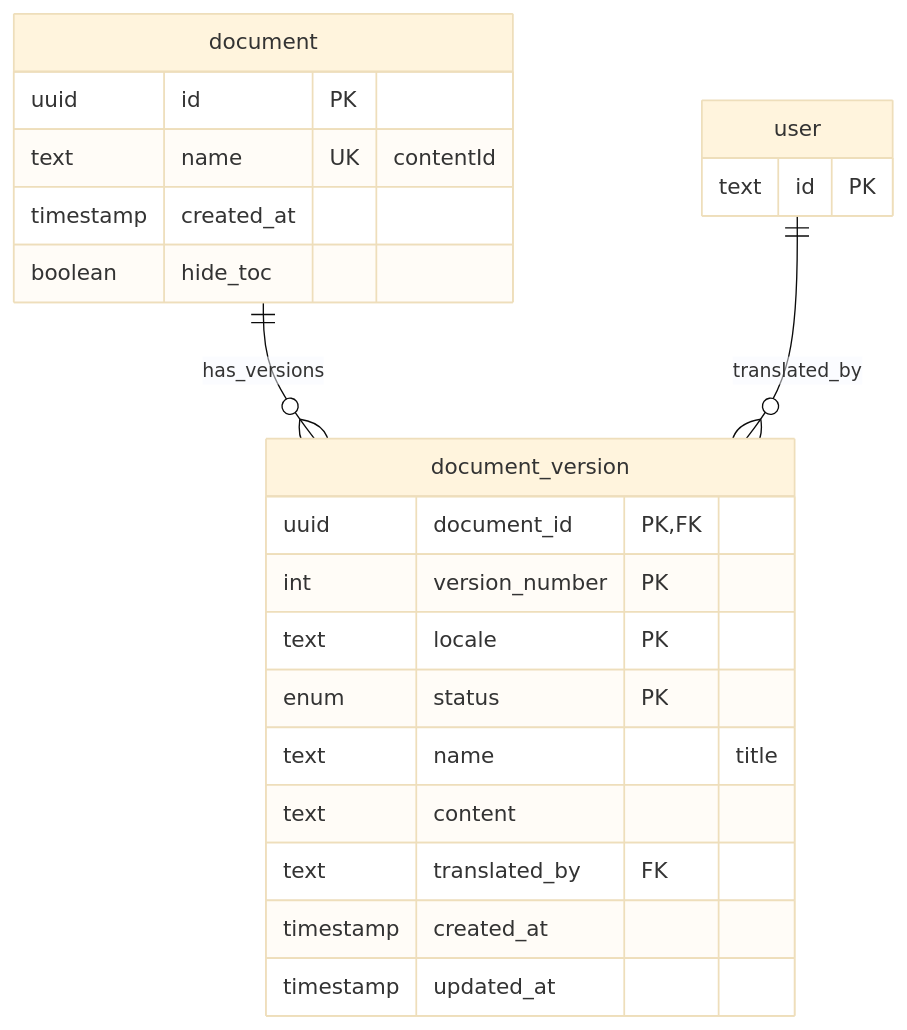
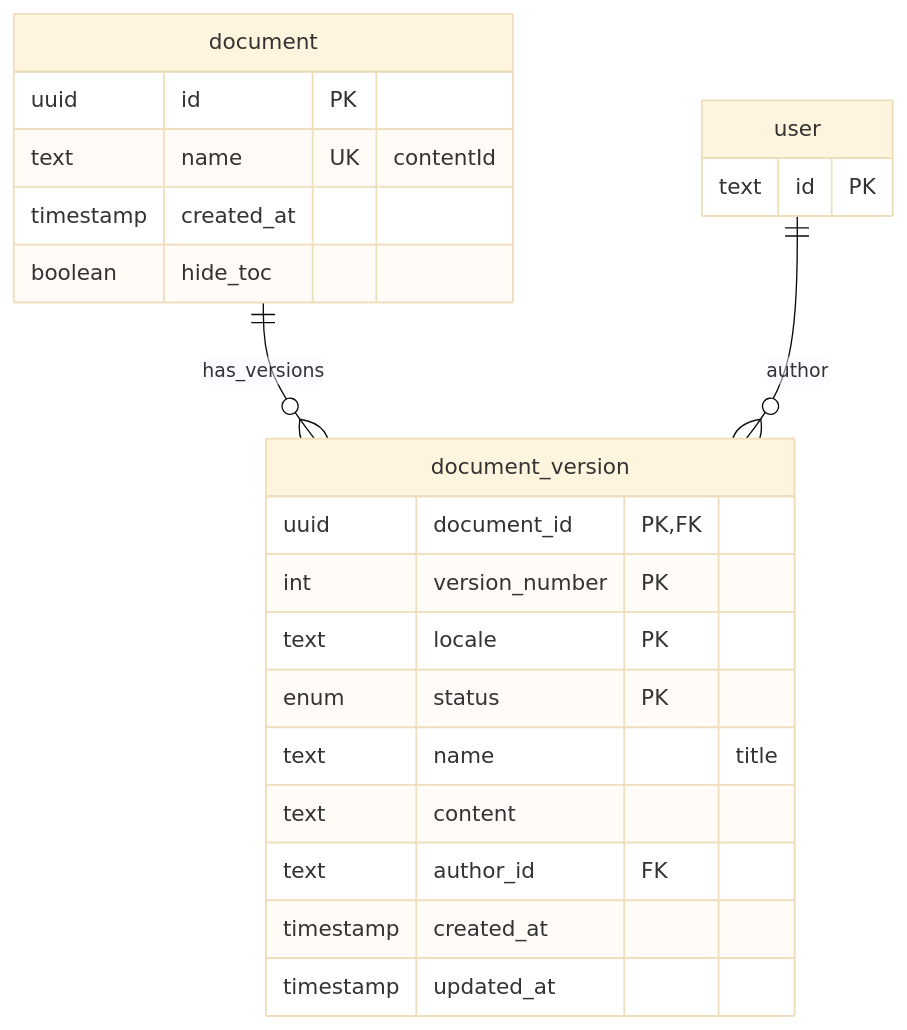
Before and after one commit to dbcls/humandbs: the diagram in apps/frontend/docs/documents.md, drawn with Mermaid (base theme). The commit also changed 15 other files, not shown here.

Commit message:
translatedBy -> author, select latest version

````diff
--- a/apps/frontend/docs/documents.md
+++ b/apps/frontend/docs/documents.md
@@ -19,28 +19,28 @@
 ```mermaid
 erDiagram
     document {
         uuid id PK
         text name UK "contentId"
         timestamp created_at
         boolean hide_toc
     }
 
     document_version {
         uuid document_id PK, FK
         int version_number PK
         text locale PK
         enum status PK
         text name "title"
         text content
-        text translated_by FK
+        text author_id FK
         timestamp created_at
         timestamp updated_at
     }
 
     user {
         text id PK
     }
 
     document ||--o{ document_version : has_versions
-    user ||--o{ document_version : translated_by
+    user ||--o{ document_version : author
 ```
````
